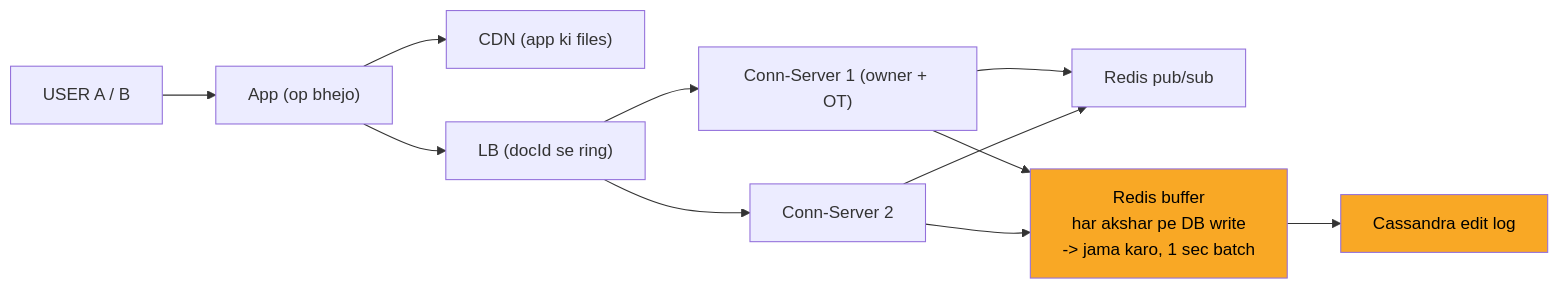
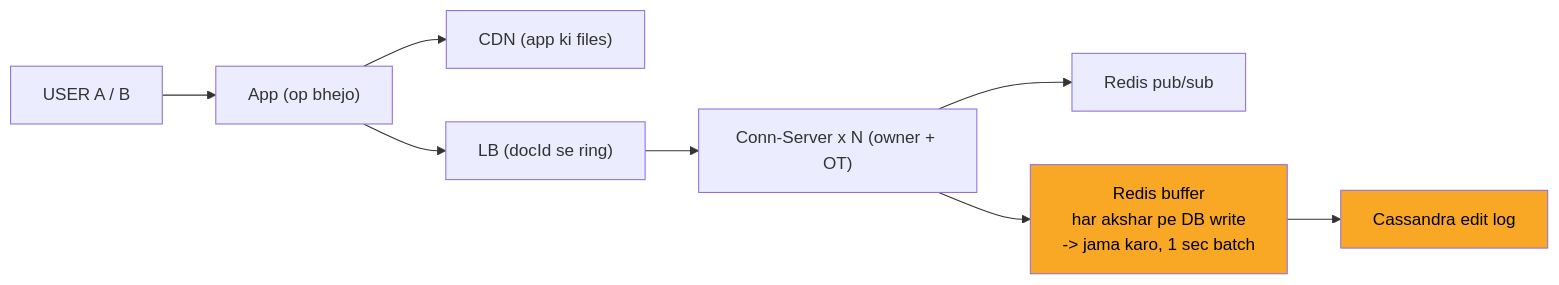
One commit to ArpanMaheshwari144/Prep changed the seventh of 10 diagrams in 04_HLD/SYSTEM_DESIGNS/11_google_docs_collab/11_google_docs_collab.md. Above: the diagram before and after it, drawn with Mermaid. The commit also changed other lines of this file and 11 other files, not shown here.

Commit message:
hld: card diagrams max 8 boxes (App x N, merged stores/chains; full diagram only in AAKHRI DABBA)

````diff
--- a/04_HLD/SYSTEM_DESIGNS/11_google_docs_collab/11_google_docs_collab.md
+++ b/04_HLD/SYSTEM_DESIGNS/11_google_docs_collab/11_google_docs_collab.md
@@ -233,24 +233,20 @@
 ```mermaid
 flowchart LR
     n_USER["USER A / B"]
     n_App["App (op bhejo)"]
     n_CDN["CDN (app ki files)"]
     n_LB["LB (docId se ring)"]
-    n_CS1["Conn-Server 1 (owner + OT)"]
-    n_CS2["Conn-Server 2"]
+    n_Conn_Server_xN["Conn-Server x N (owner + OT)"]
     n_PS["Redis pub/sub"]
     n_BUF["Redis buffer<br/>har akshar pe DB write<br/>-> jama karo, 1 sec batch"]
     n_CAS["Cassandra edit log"]
     n_USER --> n_App
     n_App --> n_CDN
     n_App --> n_LB
-    n_LB --> n_CS1
-    n_LB --> n_CS2
-    n_CS1 --> n_PS
-    n_CS2 --> n_PS
-    n_CS1 --> n_BUF
-    n_CS2 --> n_BUF
+    n_LB --> n_Conn_Server_xN
+    n_Conn_Server_xN --> n_PS
+    n_Conn_Server_xN --> n_BUF
     n_BUF --> n_CAS
     style n_BUF fill:#f9a825,color:#000
     style n_CAS fill:#f9a825,color:#000
 ```
````
